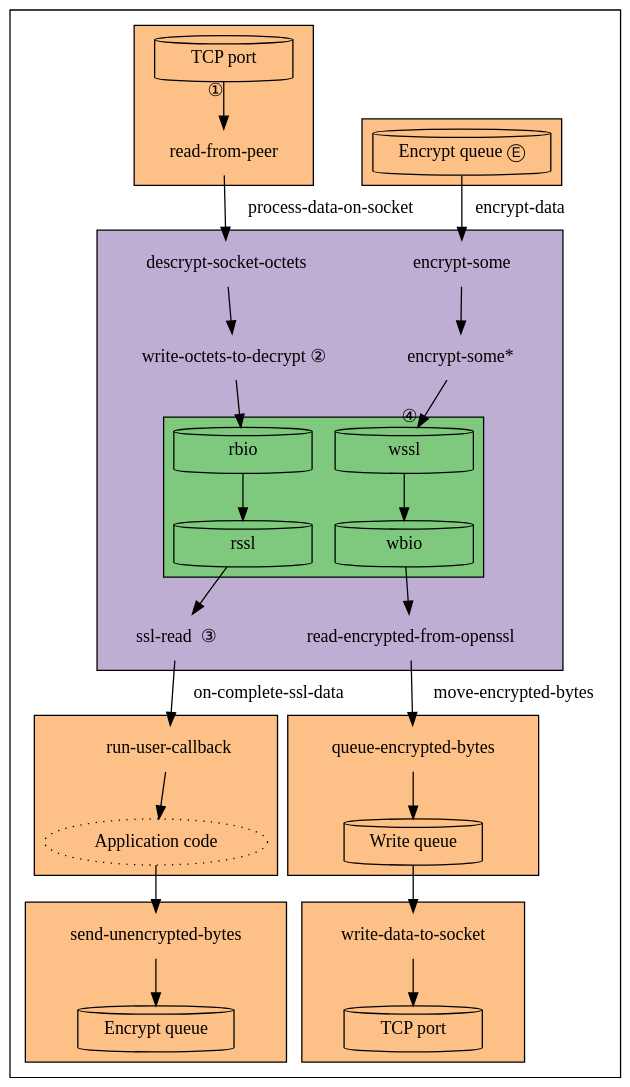
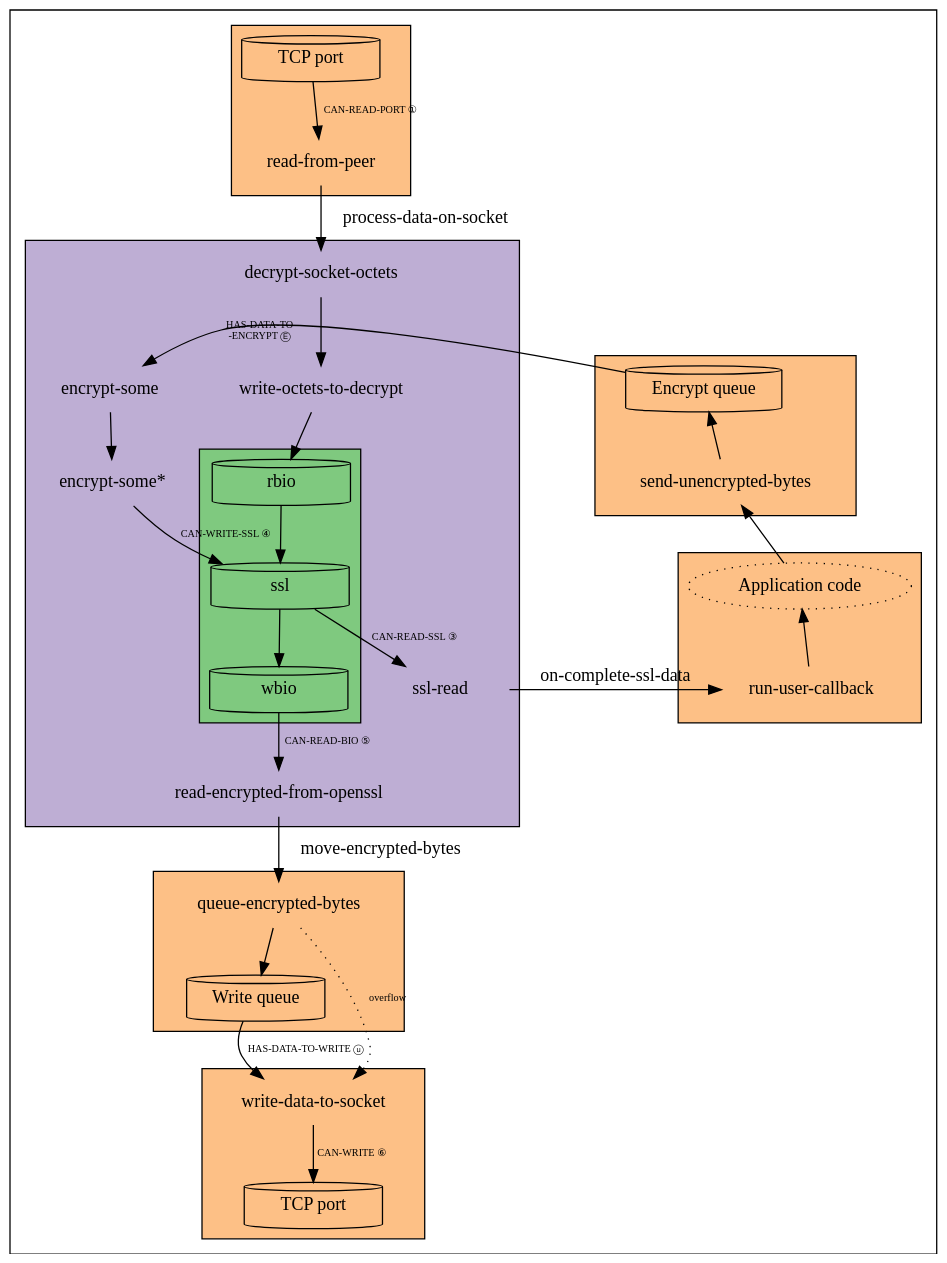
Before and after one commit to zellerin/http2: the diagram in server/poll-server.gv, drawn with Graphviz.

Commit message:
Improve flow image.

```diff
--- a/server/poll-server.gv
+++ b/server/poll-server.gv
@@ -1,80 +1,80 @@
 digraph tlspoll {
     colorscheme="accent4"
     node [width="1.5in"]
-    splines="false"
     style=filled fillcolor=3
     node [class=buffer, shape=cylinder]
+    edge [fontsize="8pt"]
     tcpin [label="TCP port"]
     rbio
+    wssl [label="ssl"]
     wbio
-    rssl
+
     appcode [label="Application code",class="",style=dotted,shape=oval]
     tcpout [label="TCP port"]
     encq1 [label="Encrypt queue"]
-    encq2 [label="Encrypt queue Ⓔ"]
-    wssl
-    wbio
     writeq [label="Write queue"]
 
     node [shape=none]
     subgraph cluster_tcpin {
         tcpin
         rfp [label="read-from-peer"]
     }
 
     subgraph cluster_sslwrap {
         style=filled fillcolor=2
         subgraph cluster_openssl
         {style="filled" fillcolor="1" shape="none"
             rbio
+            wssl
             wbio
-            rssl
-            wssl
         }
-        wotd [label="write-octets-to-decrypt ②"]
-        dso [label="descrypt-socket-octets"]
-        sslr [label="ssl-read  ③"]
+        wotd [label="write-octets-to-decrypt"]
+        dso [label="decrypt-socket-octets"]
+        sslr [label="ssl-read"]
         es [label="encrypt-some"]
         es2 [label="encrypt-some*"]
         es -> es2
-        es2-> wssl [headlabel="④"]
+        es2-> wssl [label="CAN-WRITE-SSL ④"]
         refs [label="read-encrypted-from-openssl"]
-        wbio -> refs
+        wbio -> refs [label="CAN-READ-BIO ⑤"]
     }
 
     subgraph cluster_eb {
         sub [label="send-unencrypted-bytes"]
         encq1
     }
 
     subgraph cluster_writeq {
         qeb [label="queue-encrypted-bytes"]
         qeb -> writeq
     }
     subgraph cluster_app {
         ruc [label= "run-user-callback"]
-        ruc -> appcode
+        appcode -> ruc [dir="back"]
     }
 
     subgraph cluster_tcpout {
         wdts [label="write-data-to-socket"]
-        wdts -> tcpout
+        wdts -> tcpout [label="CAN-WRITE ⑥"]
     }
 
-    subgraph cluster_encq2{
-        encq2
+    subgraph cluster_encq1{
+        encq1
     }
 
     // base flow
-    refs -> qeb [label="move-encrypted-bytes"]
+    rbio -> wssl -> wbio [constrasint=false]
 
-    sslr -> ruc [label="on-complete-ssl-data"]
-    tcpin -> rfp [taillabel="①"]
-    rfp -> dso [label="process-data-on-socket"]
-    dso -> wotd -> rbio -> rssl -> sslr
-    appcode -> sub -> encq1
-    encq2 -> es [label="encrypt-data"]
-    wssl -> wbio
-    writeq -> wdts
+    refs -> qeb [label="move-encrypted-bytes", fontsize=""]
 
+    ruc -> sslr [label="on-complete-ssl-data",dir=back,fontsize="", constraint=false]
+    tcpin -> rfp [label="CAN-READ-PORT ①"]
+    rfp -> dso [label="process-data-on-socket",fontsize=""]
+    dso -> wotd -> rbio
+    wssl -> sslr [label="CAN-READ-SSL ③"]
+    encq1 -> sub -> appcode [dir="back"]
+    encq1 -> es [label="encrypt-data",label="HAS-DATA-TO\n-ENCRYPT Ⓔ", constraint="false"]
+    encq1 -> es2 [style="invis"]
+    qeb -> wdts [style=dotted, label="overflow"]
+    writeq -> wdts [label="HAS-DATA-TO-WRITE ⓤ"]
 }
```
